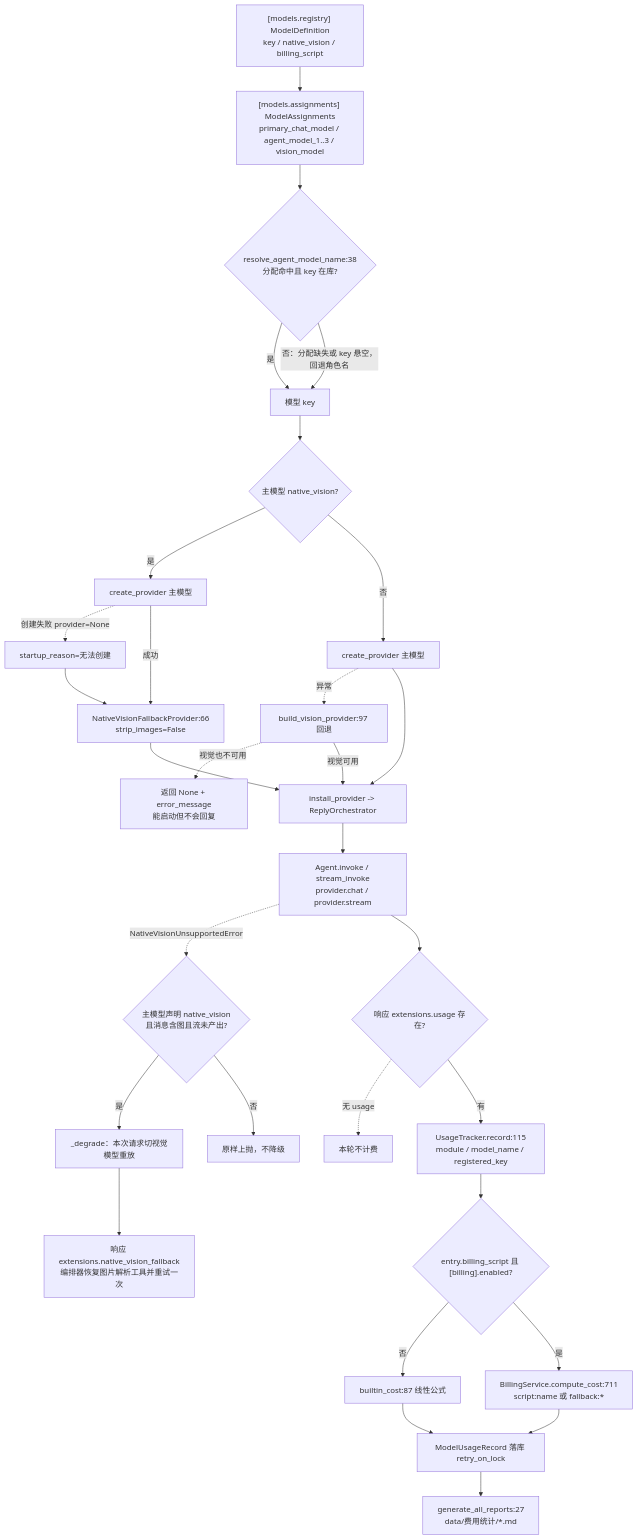
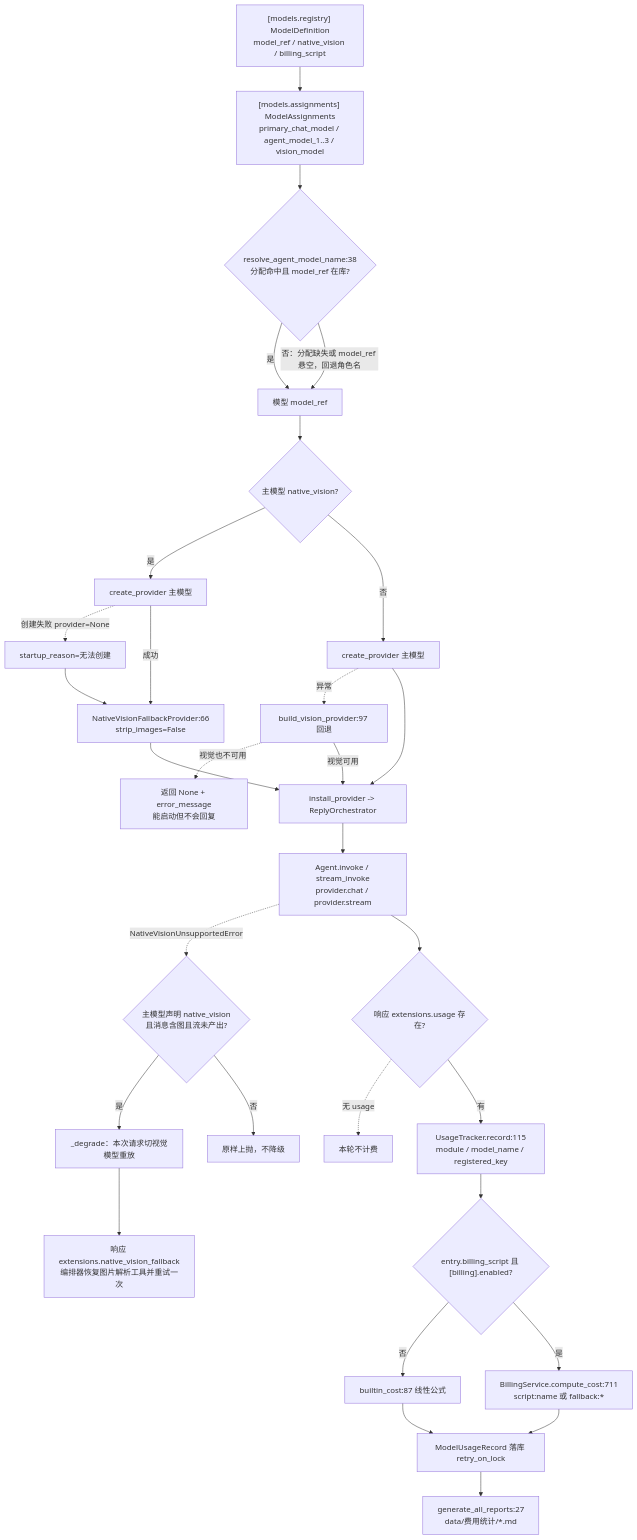
One commit to SuperQuail/NeoBot changed the first of 11 diagrams in docs/flow/05-llm-routing.md. Above: the diagram before and after it, drawn with Mermaid. The commit also changed other lines of this file and 52 other files, not shown here.

````diff
--- a/docs/flow/05-llm-routing.md
+++ b/docs/flow/05-llm-routing.md
@@ -53,32 +53,32 @@
 ```mermaid
 flowchart TD
-    A["[models.registry] ModelDefinition<br/>key / native_vision / billing_script"] --> B["[models.assignments] ModelAssignments<br/>primary_chat_model / agent_model_1..3 / vision_model"]
-    B --> C{"resolve_agent_model_name:38<br/>分配命中且 key 在库?"}
-    C -- "是" --> D["模型 key"]
-    C -- "否：分配缺失或 key 悬空，回退角色名" --> D
+    A["[models.registry] ModelDefinition<br/>model_ref / native_vision / billing_script"] --> B["[models.assignments] ModelAssignments<br/>primary_chat_model / agent_model_1..3 / vision_model"]
+    B --> C{"resolve_agent_model_name:38<br/>分配命中且 model_ref 在库?"}
+    C -- "是" --> D["模型 model_ref"]
+    C -- "否：分配缺失或 model_ref 悬空，回退角色名" --> D
     D --> E{"主模型 native_vision?"}
     E -- "是" --> F["create_provider 主模型"]
     E -- "否" --> H["create_provider 主模型"]
     F -.->|"创建失败 provider=None"| F1["startup_reason=无法创建"]
     F1 --> G["NativeVisionFallbackProvider:66<br/>strip_images=False"]
     F -- "成功" --> G
     H -.->|"异常"| I["build_vision_provider:97 回退"]
     I -.->|"视觉也不可用"| K["返回 None + error_message<br/>能启动但不会回复"]
     I -- "视觉可用" --> J["install_provider -> ReplyOrchestrator"]
     G --> J
     H --> J
     J --> L["Agent.invoke / stream_invoke<br/>provider.chat / provider.stream"]
     L -.->|"NativeVisionUnsupportedError"| N{"主模型声明 native_vision<br/>且消息含图且流未产出?"}
     N -- "是" --> O["_degrade：本次请求切视觉模型重放"]
     N -- "否" --> M["原样上抛，不降级"]
     O --> P["响应 extensions.native_vision_fallback<br/>编排器恢复图片解析工具并重试一次"]
     L --> Q{"响应 extensions.usage 存在?"}
     Q -.->|"无 usage"| S["本轮不计费"]
     Q -- "有" --> R["UsageTracker.record:115<br/>module / model_name / registered_key"]
     R --> T{"entry.billing_script 且 [billing].enabled?"}
     T -- "否" --> V["builtin_cost:87 线性公式"]
     T -- "是" --> U["BillingService.compute_cost:711<br/>script:name 或 fallback:*"]
     U --> W["ModelUsageRecord 落库 retry_on_lock"]
     V --> W
     W --> X["generate_all_reports:27<br/>data/费用统计/*.md"]
 ```
````
